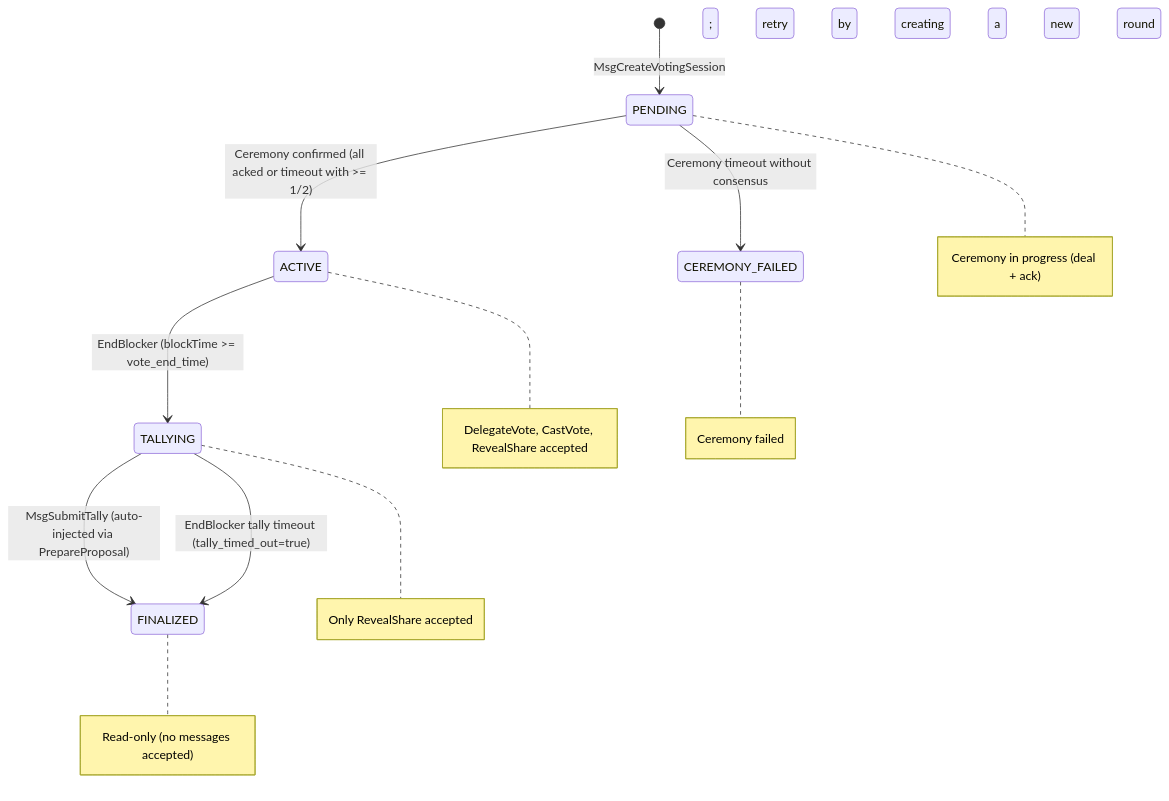
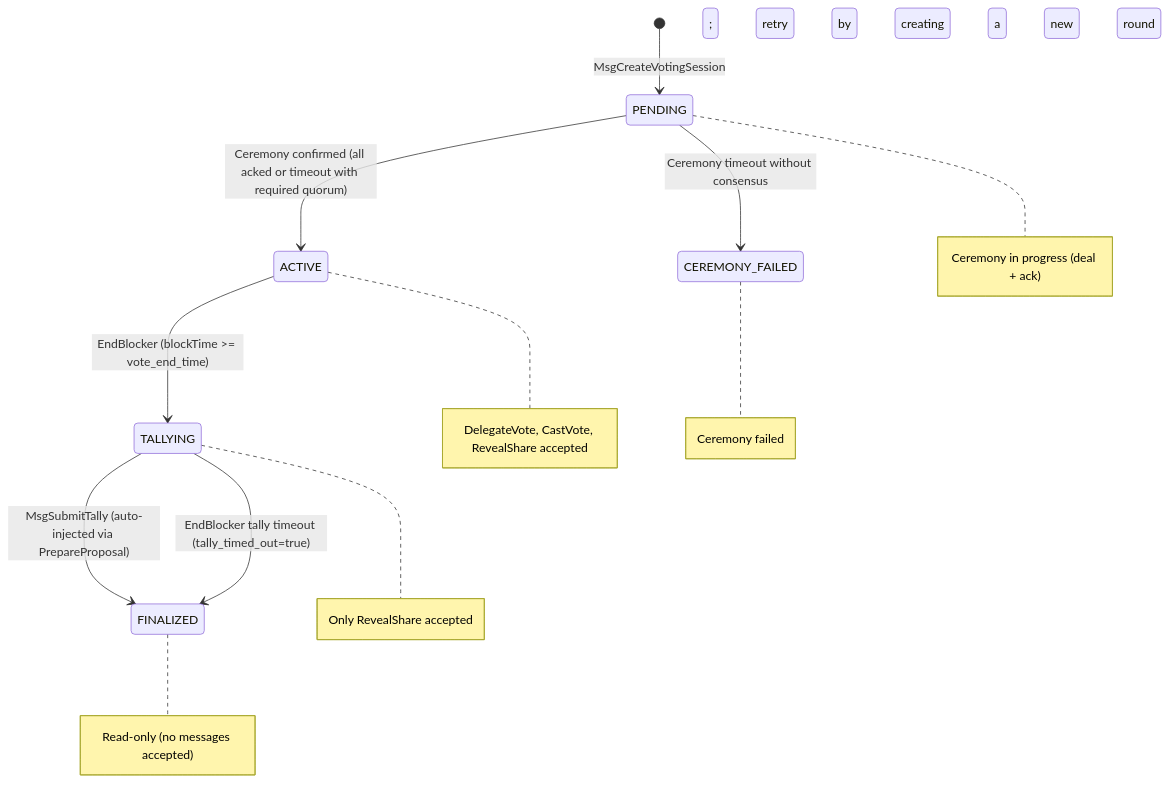
Before and after one commit to valargroup/vote-sdk: the diagram in docs/session-status-lifecycle.md, drawn with Mermaid. The commit also changed other lines of this file and 11 other files, not shown here.

````diff
--- a/docs/session-status-lifecycle.md
+++ b/docs/session-status-lifecycle.md
@@ -7,15 +7,15 @@
 ```mermaid
 stateDiagram-v2
     [*] --> PENDING: MsgCreateVotingSession
-    PENDING --> ACTIVE: Ceremony confirmed (all acked or timeout with >= 1/2)
+    PENDING --> ACTIVE: Ceremony confirmed (all acked or timeout with required quorum)
     ACTIVE --> TALLYING: EndBlocker (blockTime >= vote_end_time)
     TALLYING --> FINALIZED: MsgSubmitTally (auto-injected via PrepareProposal)
     TALLYING --> FINALIZED: EndBlocker tally timeout (tally_timed_out=true)
     PENDING --> CEREMONY_FAILED: Ceremony timeout without consensus
 
     note right of PENDING: Ceremony in progress (deal + ack)
     note right of ACTIVE: DelegateVote, CastVote, RevealShare accepted
     note right of TALLYING: Only RevealShare accepted
     note right of FINALIZED: Read-only (no messages accepted)
     note right of CEREMONY_FAILED: Ceremony failed; retry by creating a new round
 ```
````
